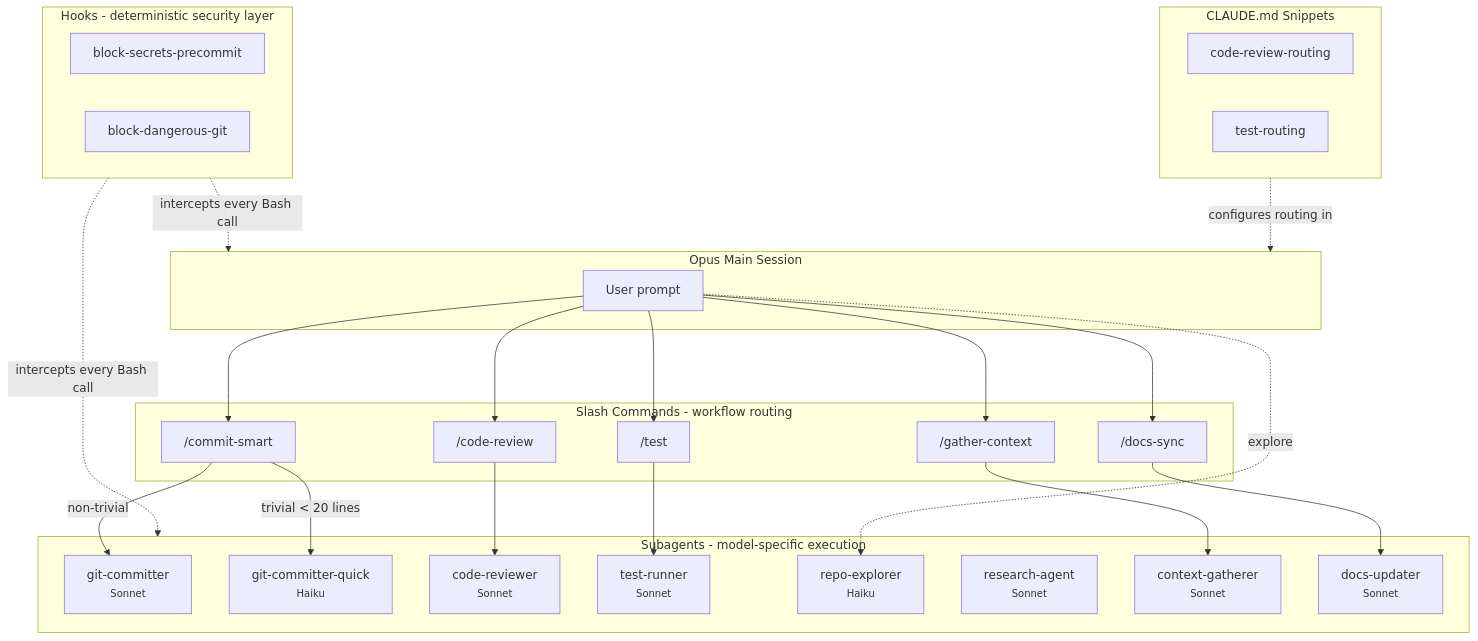
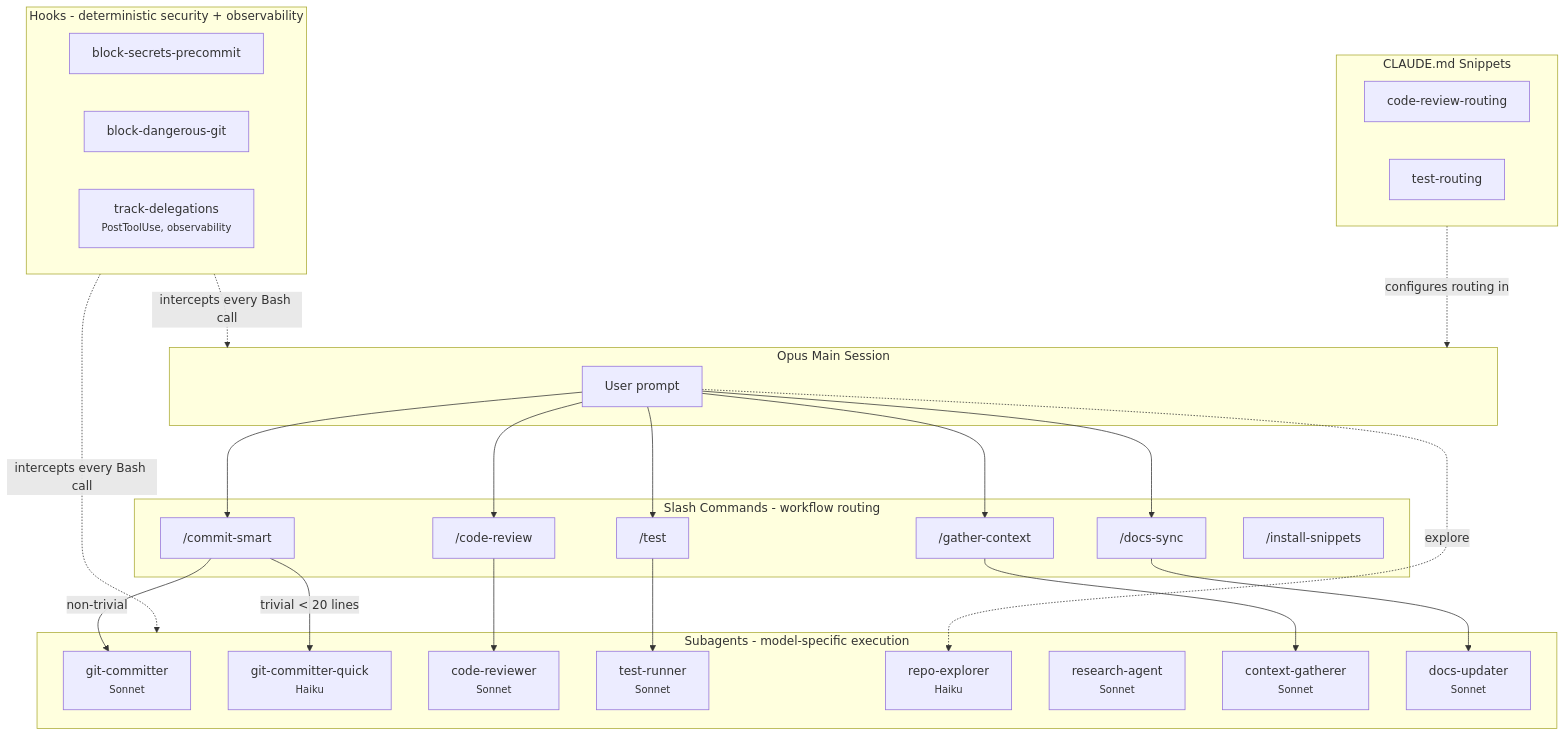
Before and after one commit to Filip-Podstavec/claude-leverage: the diagram in README.md, drawn with Mermaid. The commit also changed other lines of this file and 16 other files, not shown here.

````diff
--- a/README.md
+++ b/README.md
@@ -28,48 +28,50 @@
 ```mermaid
 graph TB
     subgraph Main["Opus Main Session"]
         USER["User prompt"]
     end
 
     subgraph Commands["Slash Commands - workflow routing"]
         CS["/commit-smart"]
         CR["/code-review"]
         TT["/test"]
         GCT["/gather-context"]
         DS["/docs-sync"]
+        IS["/install-snippets"]
     end
 
     subgraph Agents["Subagents - model-specific execution"]
         GC["git-committer<br/><small>Sonnet</small>"]
         GCQ["git-committer-quick<br/><small>Haiku</small>"]
         CRA["code-reviewer<br/><small>Sonnet</small>"]
         TR["test-runner<br/><small>Sonnet</small>"]
         RX["repo-explorer<br/><small>Haiku</small>"]
         RA["research-agent<br/><small>Sonnet</small>"]
         CG["context-gatherer<br/><small>Sonnet</small>"]
         DU["docs-updater<br/><small>Sonnet</small>"]
     end
 
-    subgraph Hooks["Hooks - deterministic security layer"]
+    subgraph Hooks["Hooks - deterministic security + observability"]
         BS["block-secrets-precommit"]
         BD["block-dangerous-git"]
+        TD["track-delegations<br/><small>PostToolUse, observability</small>"]
     end
 
     subgraph Snippets["CLAUDE.md Snippets"]
         CRR["code-review-routing"]
         TRR["test-routing"]
     end
 
     USER --> CS & CR & TT & GCT & DS
     USER -.->|"explore"| RX
     CS -->|"non-trivial"| GC
     CS -->|"trivial < 20 lines"| GCQ
     CR --> CRA
     TT --> TR
     GCT --> CG
     DS --> DU
 
     Hooks -.->|"intercepts every Bash call"| Main
     Hooks -.->|"intercepts every Bash call"| Agents
     Snippets -.->|"configures routing in"| Main
 ```
````
